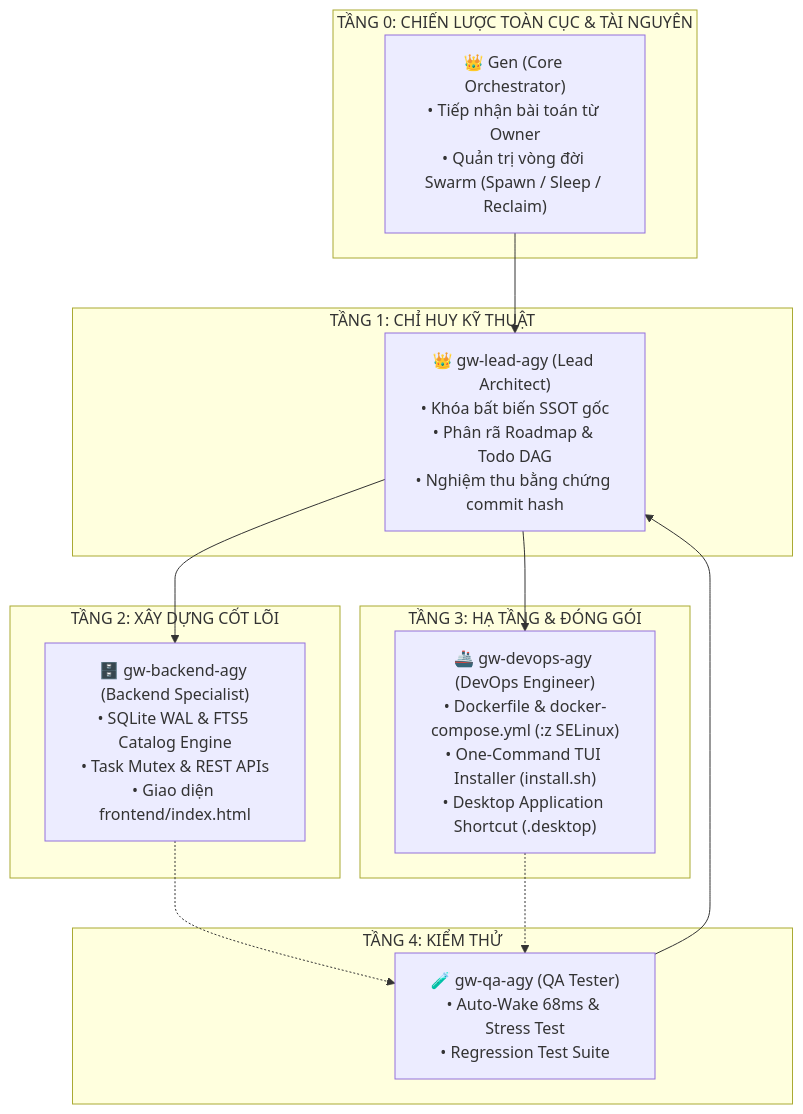
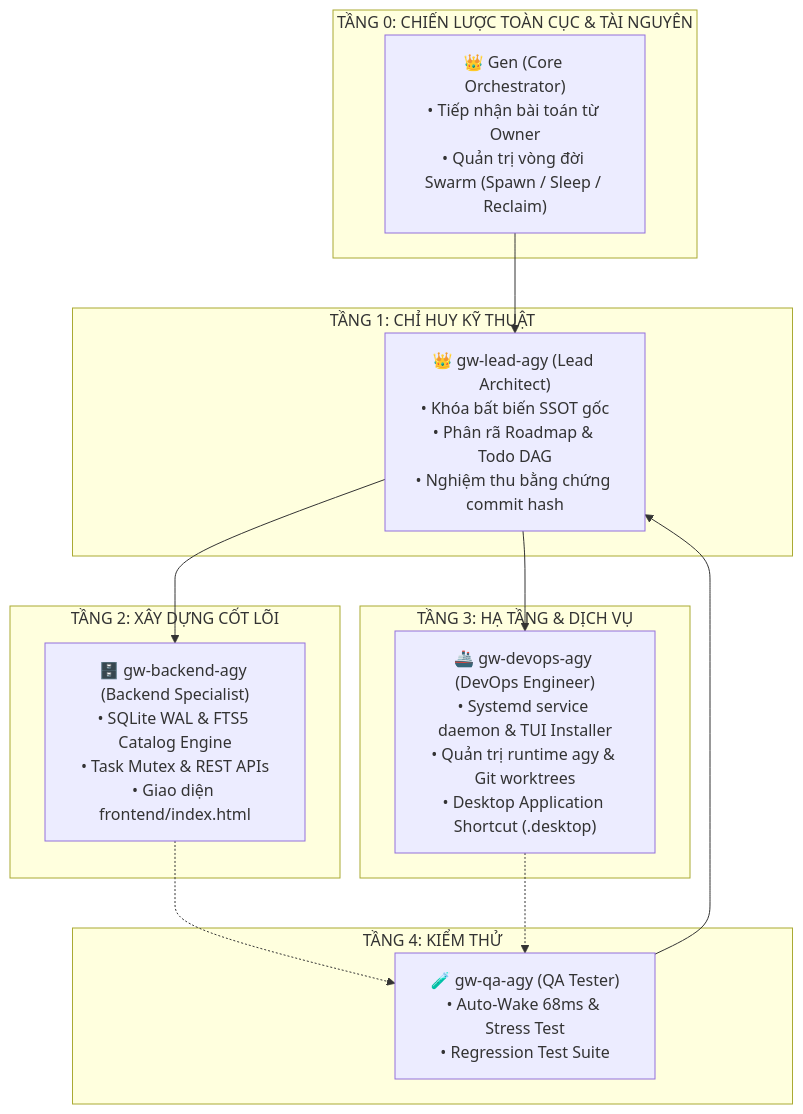
Before and after one commit to Genesis-ryan-84-0567536339/gen-workplace: the diagram in README.md, drawn with Mermaid. The commit also changed other lines of this file and 3 other files, not shown here.

````diff
--- a/README.md
+++ b/README.md
@@ -24,29 +24,29 @@
 ```mermaid
 flowchart TD
     subgraph TIER0["TẦNG 0: CHIẾN LƯỢC TOÀN CỤC & TÀI NGUYÊN"]
         Gen["👑 Gen (Core Orchestrator)<br/>• Tiếp nhận bài toán từ Owner<br/>• Quản trị vòng đời Swarm (Spawn / Sleep / Reclaim)"]
     end
 
     subgraph TIER1["TẦNG 1: CHỈ HUY KỸ THUẬT"]
         Lead["👑 gw-lead-agy (Lead Architect)<br/>• Khóa bất biến SSOT gốc<br/>• Phân rã Roadmap & Todo DAG<br/>• Nghiệm thu bằng chứng commit hash"]
     end
 
     subgraph TIER2["TẦNG 2: XÂY DỰNG CỐT LÕI"]
         Backend["🗄️ gw-backend-agy (Backend Specialist)<br/>• SQLite WAL & FTS5 Catalog Engine<br/>• Task Mutex & REST APIs<br/>• Giao diện frontend/index.html"]
     end
 
-    subgraph TIER3["TẦNG 3: HẠ TẦNG & ĐÓNG GÓI"]
-        DevOps["🚢 gw-devops-agy (DevOps Engineer)<br/>• Dockerfile & docker-compose.yml (:z SELinux)<br/>• One-Command TUI Installer (install.sh)<br/>• Desktop Application Shortcut (.desktop)"]
+    subgraph TIER3["TẦNG 3: HẠ TẦNG & DỊCH VỤ"]
+        DevOps["🚢 gw-devops-agy (DevOps Engineer)<br/>• Systemd service daemon & TUI Installer<br/>• Quản trị runtime agy & Git worktrees<br/>• Desktop Application Shortcut (.desktop)"]
     end
 
     subgraph TIER4["TẦNG 4: KIỂM THỬ"]
         QA["🧪 gw-qa-agy (QA Tester)<br/>• Auto-Wake 68ms & Stress Test<br/>• Regression Test Suite"]
     end
 
     Gen --> Lead
     Lead --> Backend
     Lead --> DevOps
     Backend -.-> QA
     DevOps -.-> QA
     QA --> Lead
 ```
````
